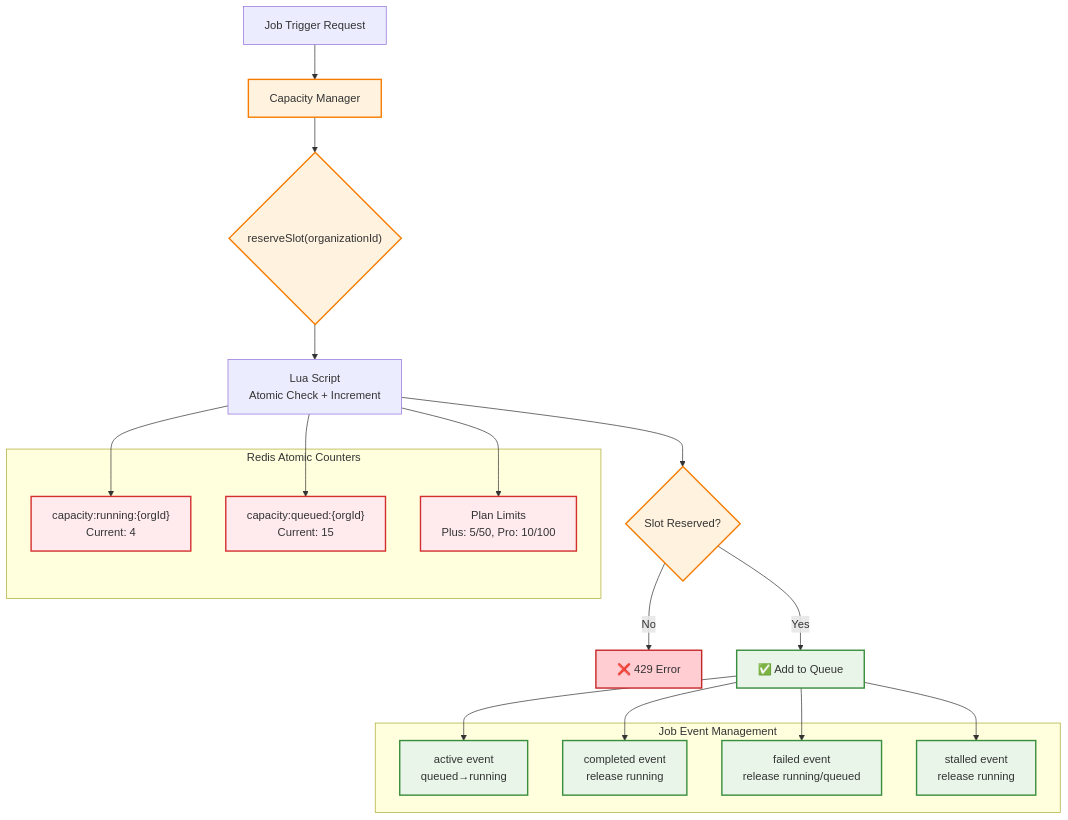
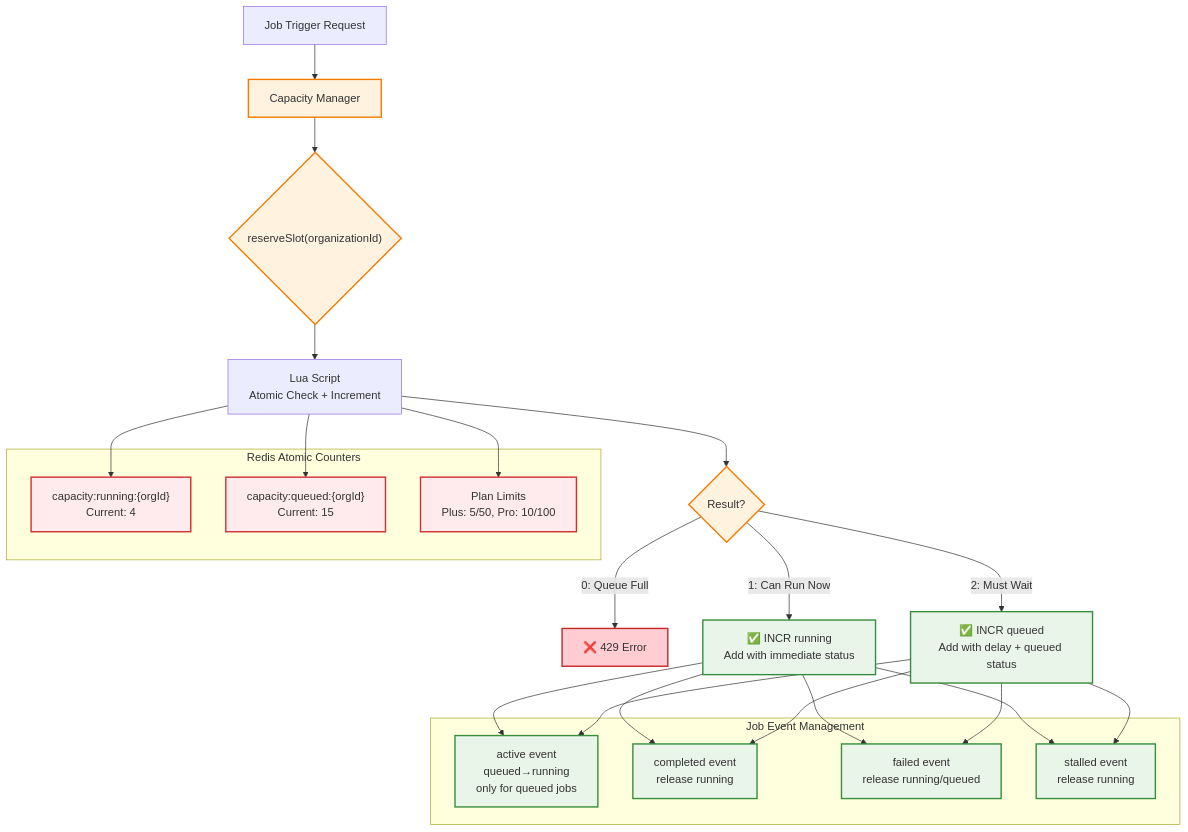
The seventh of 13 diagrams in docs/specs/03-execution/JOB_TRIGGER_SYSTEM.md (supercheck-io/supercheck), drawn with Mermaid before and after one commit. The commit also changed other lines of this file and 17 other files, not shown here.

````diff
--- a/docs/specs/03-execution/JOB_TRIGGER_SYSTEM.md
+++ b/docs/specs/03-execution/JOB_TRIGGER_SYSTEM.md
@@ -291,38 +291,39 @@
 ```mermaid
 graph TB
     A[Job Trigger Request] --> CM[Capacity Manager]
     CM --> B{"reserveSlot(organizationId)"}
 
     subgraph "Redis Atomic Counters"
         C["capacity:running:{orgId}<br/>Current: 4"]
         D["capacity:queued:{orgId}<br/>Current: 15"]
         E["Plan Limits<br/>Plus: 5/50, Pro: 10/100"]
     end
 
     B --> Lua[Lua Script<br/>Atomic Check + Increment]
     Lua --> C & D & E
 
-    Lua --> F{Slot Reserved?}
-    F -->|No| G[❌ 429 Error]
-    F -->|Yes| H[✅ Add to Queue]
+    Lua --> F{Result?}
+    F -->|0: Queue Full| G[❌ 429 Error]
+    F -->|1: Can Run Now| H1[✅ INCR running<br/>Add with immediate status]
+    F -->|2: Must Wait| H2[✅ INCR queued<br/>Add with delay + queued status]
 
     subgraph "Job Event Management"
-        I[active event<br/>queued→running]
+        I[active event<br/>queued→running<br/>only for queued jobs]
         J[completed event<br/>release running]
         K[failed event<br/>release running/queued]
         L[stalled event<br/>release running]
     end
 
-    H --> I & J & K & L
+    H1 & H2 --> I & J & K & L
 
     classDef check fill:#fff3e0,stroke:#f57c00,stroke-width:2px
     classDef redis fill:#ffebee,stroke:#d32f2f,stroke-width:2px
     classDef success fill:#e8f5e8,stroke:#388e3c,stroke-width:2px
     classDef reject fill:#ffcdd2,stroke:#c62828,stroke-width:2px
     classDef event fill:#e3f2fd,stroke:#1976d2,stroke-width:2px
 
     class CM,B,F check
     class C,D,E redis
-    class H,I,J,K,L success
+    class H1,H2,I,J,K,L success
     class G reject
 ```
````
